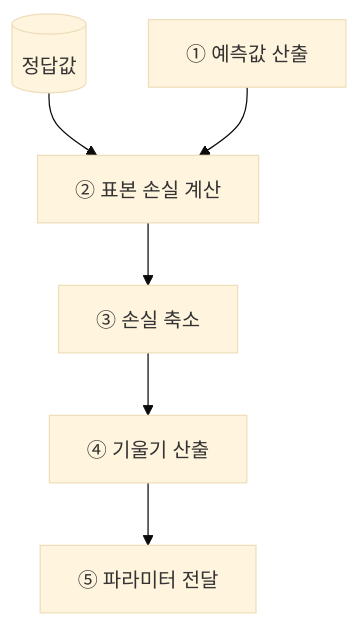
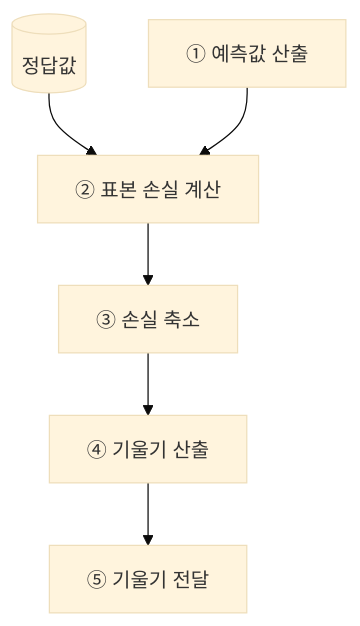
The third of 4 diagrams in src/content/docs/notes/01-basic-theory/042_loss_functions.md (agnusdei1207/knowledge-base), drawn with Mermaid (base theme) before and after one commit. The commit also changed other lines of this file and 26 other files, not shown here.

````diff
--- a/src/content/docs/notes/01-basic-theory/042_loss_functions.md
+++ b/src/content/docs/notes/01-basic-theory/042_loss_functions.md
@@ -83,14 +87,14 @@
 ```mermaid
 flowchart TB
     Y[(정답값)]
     M[① 예측값 산출]
     L[② 표본 손실 계산]
     R[③ 손실 축소]
     G[④ 기울기 산출]
-    P[⑤ 파라미터 전달]
+    P[⑤ 기울기 전달]
     Y --> L
     M --> L
     L --> R
     R --> G
     G --> P
 ```
````
